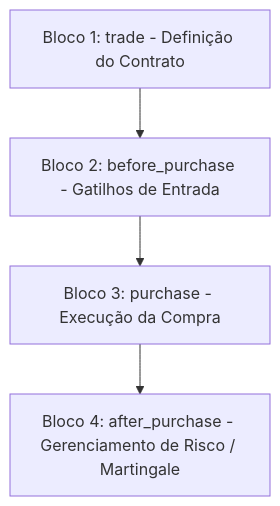
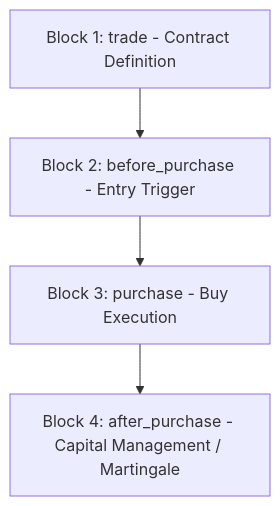
The diagram in orstac-agent/knowledge/bot_mapping.md (alanvito1/ORSTAC), drawn with Mermaid before and after one commit. The commit also changed other lines of this file and 1 other file, not shown here.

````diff
--- a/orstac-agent/knowledge/bot_mapping.md
+++ b/orstac-agent/knowledge/bot_mapping.md
@@ -58,6 +58,6 @@
 ```mermaid
 graph TD
-    A[Bloco 1: trade - Definição do Contrato] --> B[Bloco 2: before_purchase - Gatilhos de Entrada]
-    B --> C[Bloco 3: purchase - Execução da Compra]
-    C --> D[Bloco 4: after_purchase - Gerenciamento de Risco / Martingale]
+    A[Block 1: trade - Contract Definition] --> B[Block 2: before_purchase - Entry Trigger]
+    B --> C[Block 3: purchase - Buy Execution]
+    C --> D[Block 4: after_purchase - Capital Management / Martingale]
 ```
````
